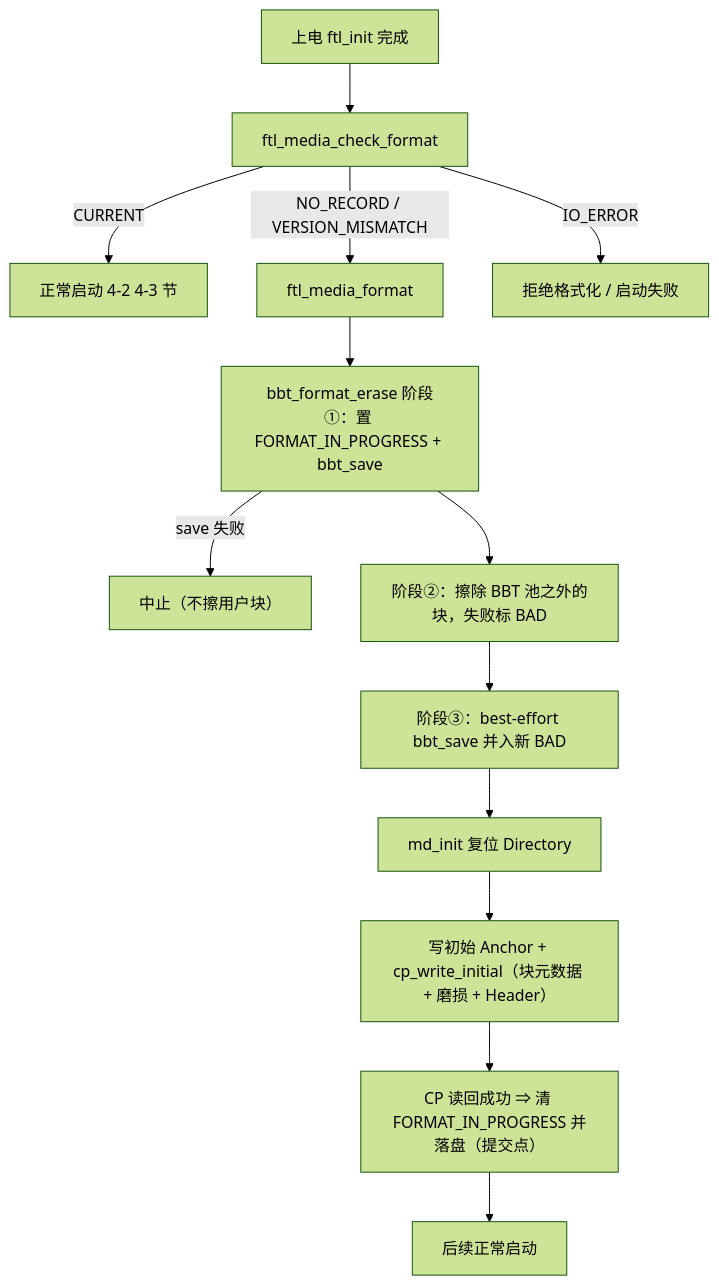
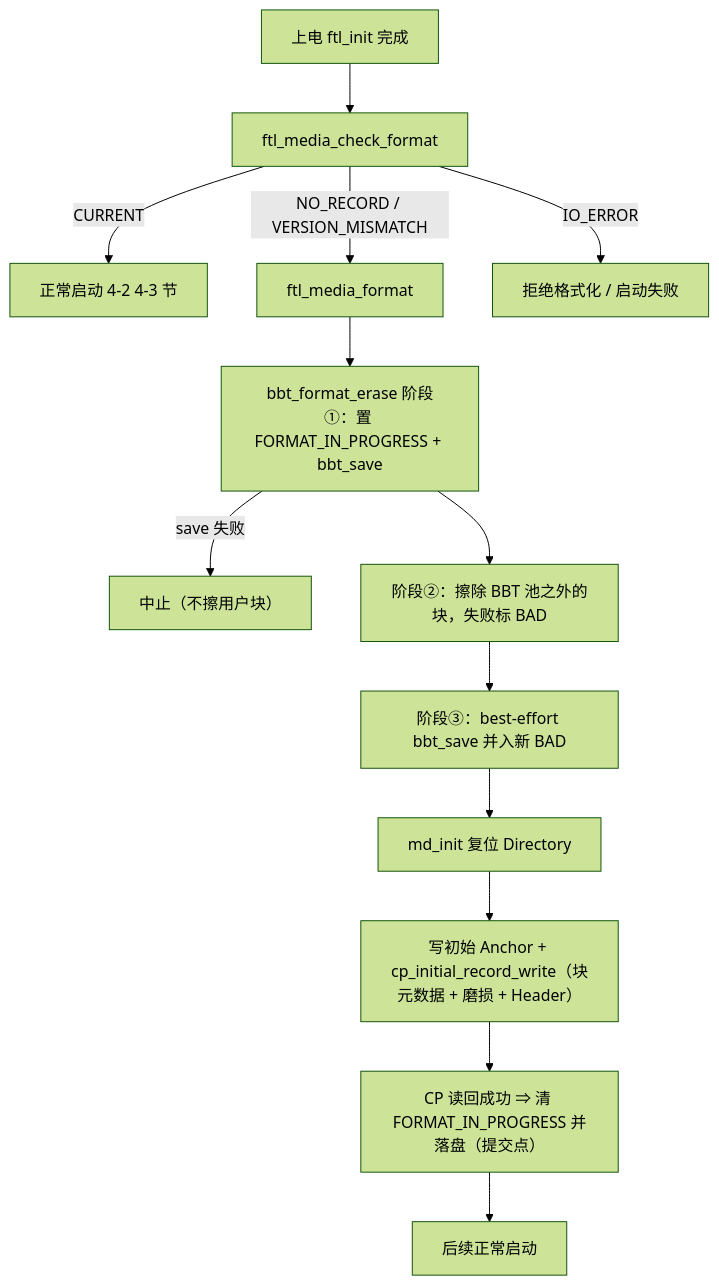
Before and after one commit to YzYMIAO/BASESSD: diagram 23 of 32 in docs/design/ftl_design.md, drawn with Mermaid (forest theme). The commit also changed other lines of this file and 14 other files, not shown here.

````diff
--- a/docs/design/ftl_design.md
+++ b/docs/design/ftl_design.md
@@ -3752,15 +3752,15 @@
 ```mermaid
 flowchart TD
     A["上电 ftl_init 完成"] --> B["ftl_media_check_format"]
     B -- "CURRENT" --> C["正常启动 4-2 4-3 节"]
     B -- "NO_RECORD / VERSION_MISMATCH" --> D["ftl_media_format"]
     B -- "IO_ERROR" --> H["拒绝格式化 / 启动失败"]
     D --> D1["bbt_format_erase 阶段①：置 FORMAT_IN_PROGRESS + bbt_save"]
     D1 -- "save 失败" --> H2["中止（不擦用户块）"]
     D1 --> D2["阶段②：擦除 BBT 池之外的块，失败标 BAD"]
     D2 --> D3["阶段③：best-effort bbt_save 并入新 BAD"]
     D3 --> D4["md_init 复位 Directory"]
-    D4 --> D5["写初始 Anchor + cp_write_initial（块元数据 + 磨损 + Header）"]
+    D4 --> D5["写初始 Anchor + cp_initial_record_write（块元数据 + 磨损 + Header）"]
     D5 --> D6["CP 读回成功 ⇒ 清 FORMAT_IN_PROGRESS 并落盘（提交点）"]
     D6 --> E["后续正常启动"]
 ```
````
